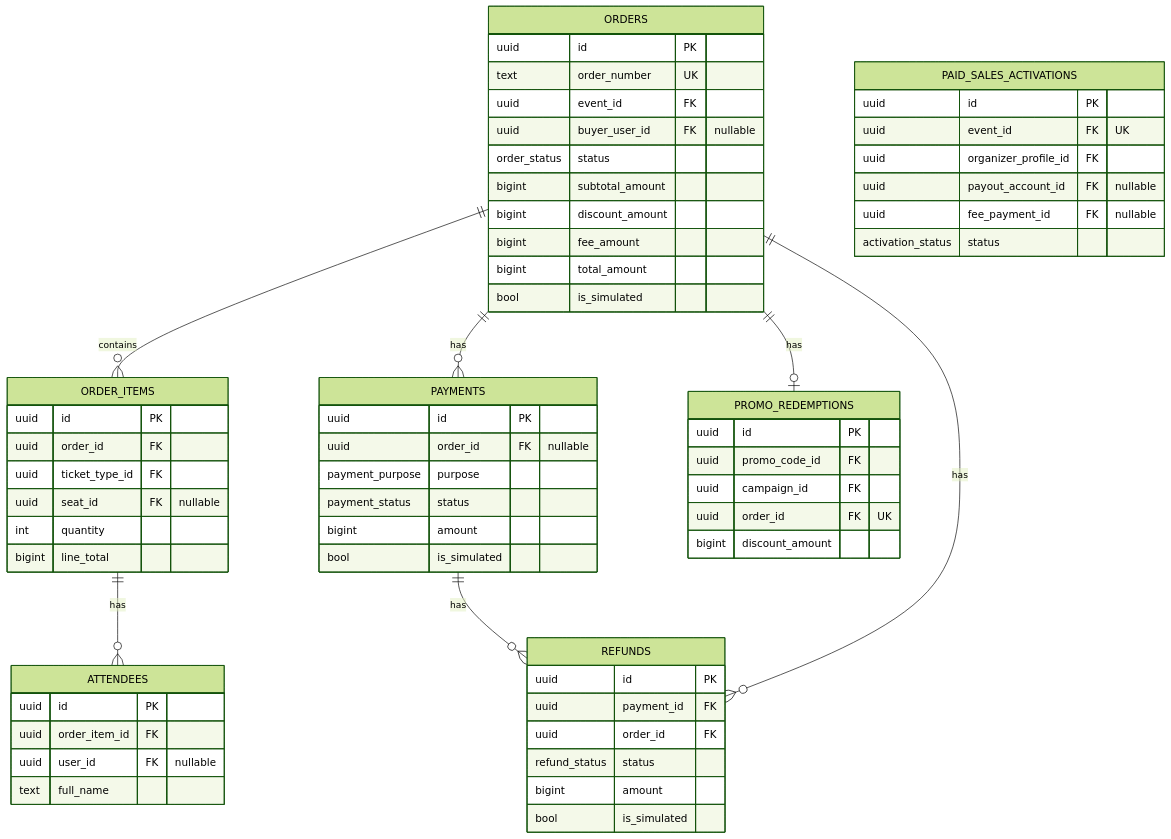
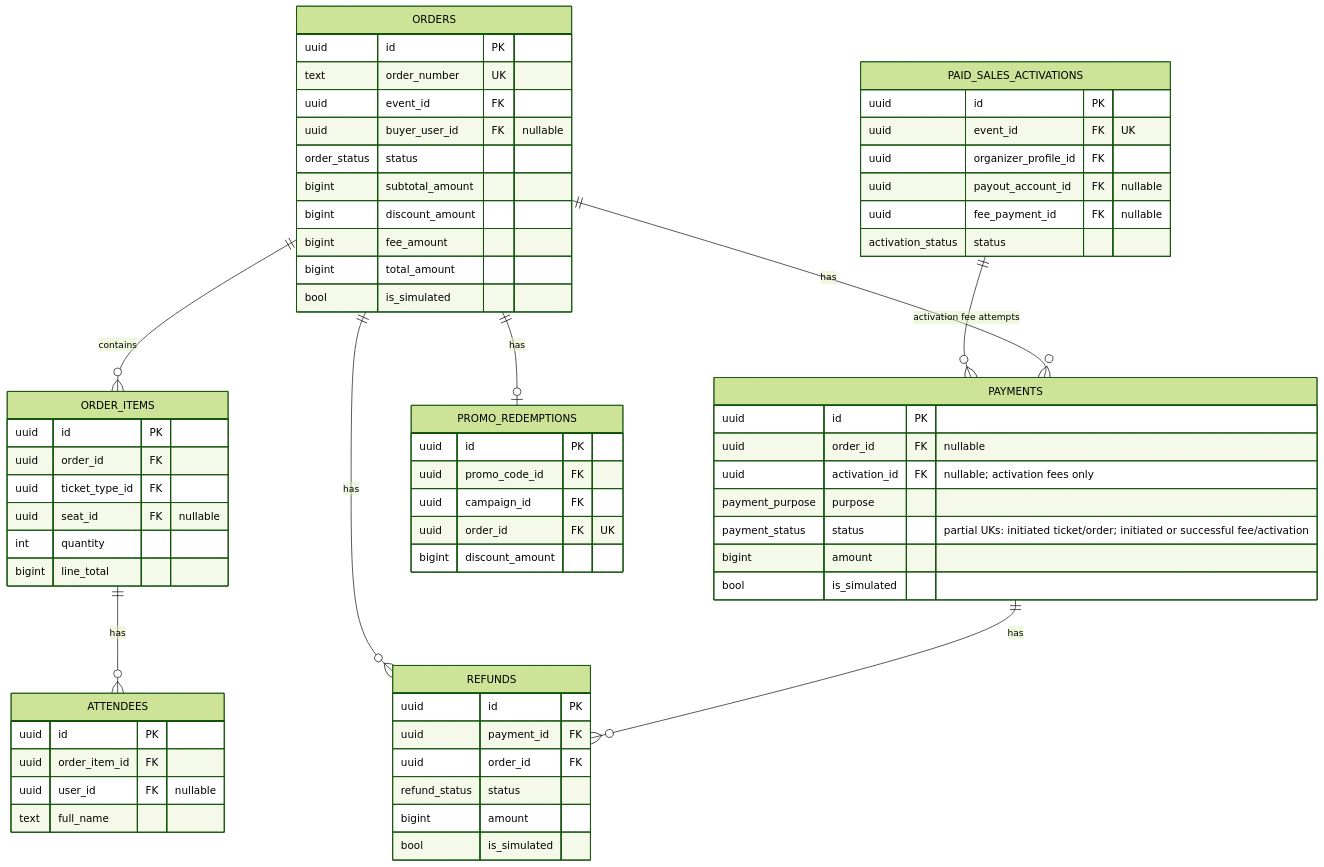
Before and after one commit to cloudlybtw/biletflow: the sixth of 10 diagrams in docs/erd.md, drawn with Mermaid (forest theme). The commit also changed other lines of this file and 86 other files, not shown here.

````diff
--- a/docs/erd.md
+++ b/docs/erd.md
@@ -179,67 +186,69 @@
 ```mermaid
 erDiagram
     ORDERS ||--o{ ORDER_ITEMS : contains
     ORDER_ITEMS ||--o{ ATTENDEES : has
     ORDERS ||--o{ PAYMENTS : has
     PAYMENTS ||--o{ REFUNDS : has
+    PAID_SALES_ACTIVATIONS ||--o{ PAYMENTS : "activation fee attempts"
     ORDERS ||--o{ REFUNDS : has
     ORDERS ||--o| PROMO_REDEMPTIONS : has
 
     ORDERS {
         uuid id PK
         text order_number UK
         uuid event_id FK
         uuid buyer_user_id FK "nullable"
         order_status status
         bigint subtotal_amount
         bigint discount_amount
         bigint fee_amount
         bigint total_amount
         bool is_simulated
     }
     ORDER_ITEMS {
         uuid id PK
         uuid order_id FK
         uuid ticket_type_id FK
         uuid seat_id FK "nullable"
         int quantity
         bigint line_total
     }
     ATTENDEES {
         uuid id PK
         uuid order_item_id FK
         uuid user_id FK "nullable"
         text full_name
     }
     PAYMENTS {
         uuid id PK
         uuid order_id FK "nullable"
+        uuid activation_id FK "nullable; activation fees only"
         payment_purpose purpose
-        payment_status status
+        payment_status status "partial UKs: initiated ticket/order; initiated or successful fee/activation"
         bigint amount
         bool is_simulated
     }
     REFUNDS {
         uuid id PK
         uuid payment_id FK
         uuid order_id FK
         refund_status status
         bigint amount
         bool is_simulated
     }
     PAID_SALES_ACTIVATIONS {
         uuid id PK
         uuid event_id FK "UK"
         uuid organizer_profile_id FK
         uuid payout_account_id FK "nullable"
         uuid fee_payment_id FK "nullable"
         activation_status status
     }
     PROMO_REDEMPTIONS {
         uuid id PK
         uuid promo_code_id FK
         uuid campaign_id FK
         uuid order_id FK "UK"
         bigint discount_amount
     }
 ```
````
